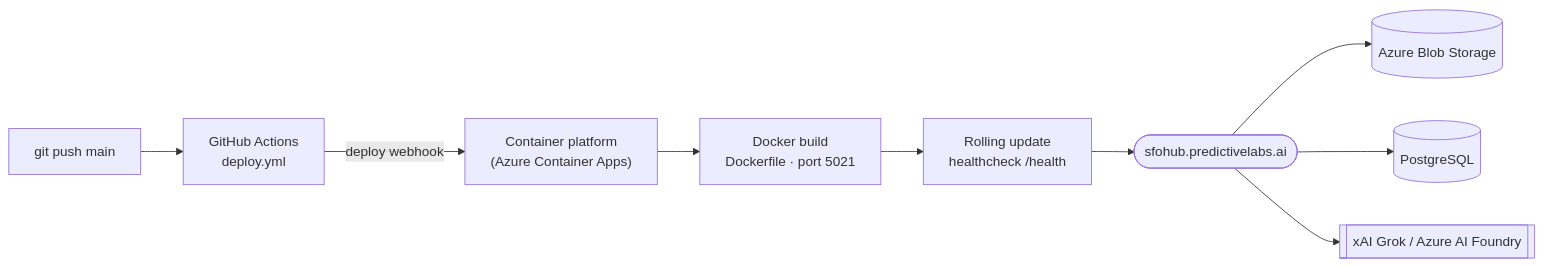
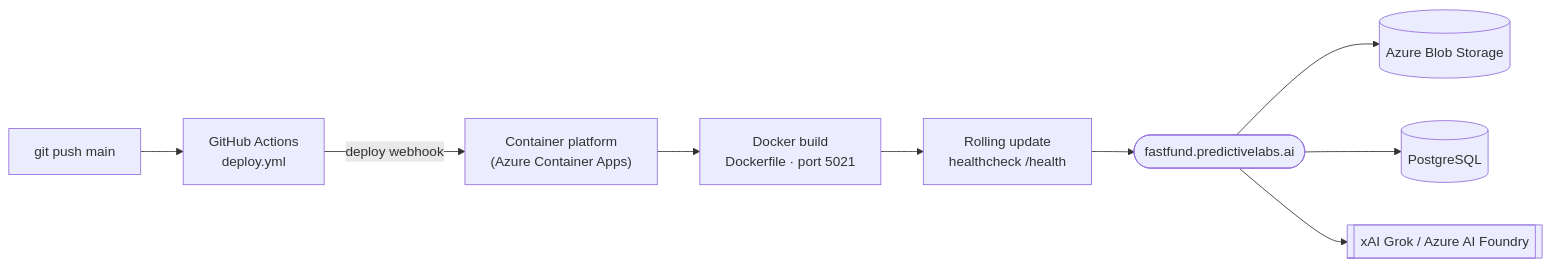
One commit to predictivelabsai/FastFund changed the sixth of 7 diagrams in docs/technical_architecture.md. Above: the diagram before and after it, drawn with Mermaid. The commit also changed other lines of this file and 145 other files, not shown here.

````diff
--- a/docs/technical_architecture.md
+++ b/docs/technical_architecture.md
@@ -173,11 +173,11 @@
 ```mermaid
 flowchart LR
     DEV["git push main"] --> GH["GitHub Actions<br/>deploy.yml"]
     GH -->|"deploy webhook"| HOST["Container platform<br/>(Azure Container Apps)"]
     HOST --> BUILD["Docker build<br/>Dockerfile · port 5021"]
     BUILD --> RUN["Rolling update<br/>healthcheck /health"]
-    RUN --> LIVE(["sfohub.predictivelabs.ai"])
+    RUN --> LIVE(["fastfund.predictivelabs.ai"])
     LIVE --> BLOB[("Azure Blob Storage")]
     LIVE --> DB[("PostgreSQL")]
     LIVE --> GROK[["xAI Grok / Azure AI Foundry"]]
 ```
````
